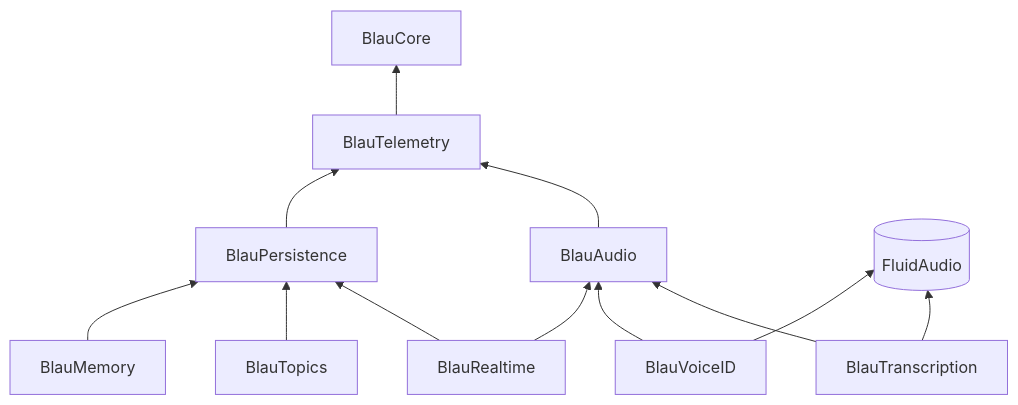
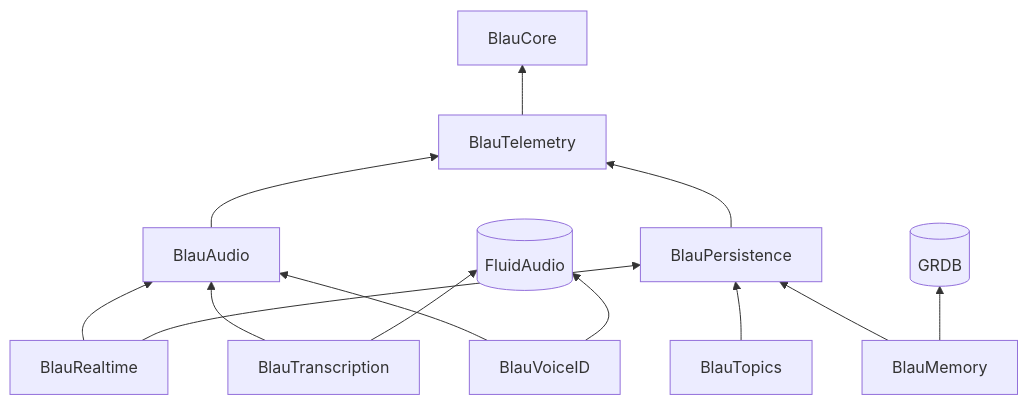
Before and after one commit to joeblau/voice: the diagram in docs/architecture.md, drawn with Mermaid. The commit also changed other lines of this file and 26 other files, not shown here.

````diff
--- a/docs/architecture.md
+++ b/docs/architecture.md
@@ -44,25 +44,27 @@
 ```mermaid
 flowchart BT
     Core[BlauCore]
     Telemetry[BlauTelemetry]
     Audio[BlauAudio]
     Persistence[BlauPersistence]
     Transcription[BlauTranscription]
     VoiceID[BlauVoiceID]
     Realtime[BlauRealtime]
     Topics[BlauTopics]
     Memory[BlauMemory]
     FluidAudio[(FluidAudio)]
+    GRDB[(GRDB)]
 
     Telemetry --> Core
     Audio --> Telemetry
     Persistence --> Telemetry
     Transcription --> Audio
     VoiceID --> Audio
     Realtime --> Audio
     Realtime --> Persistence
     Topics --> Persistence
     Memory --> Persistence
     Transcription --> FluidAudio
     VoiceID --> FluidAudio
+    Memory --> GRDB
 ```
````
